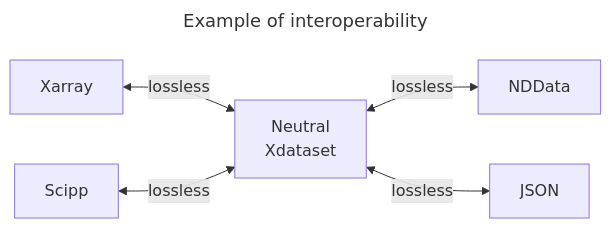
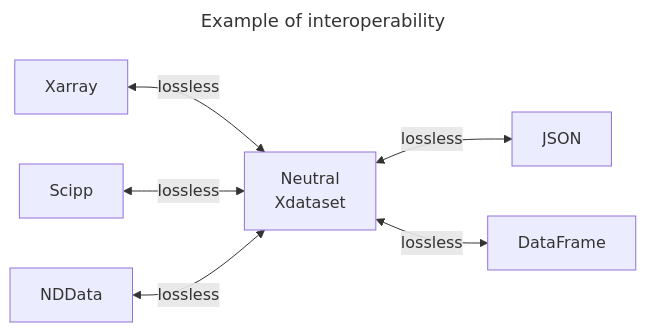
The diagram in example/interop.mmd (loco-philippe/ntv-numpy), drawn with Mermaid before and after one commit. The commit also changed 2 other files, not shown here.

```diff
--- a/example/interop.mmd
+++ b/example/interop.mmd
@@ -1,8 +1,9 @@
 ---
 title: Example of interoperability
 ---
 flowchart LR
     A[Xarray] <--lossless--> B[Neutral\nXdataset]
-    B <--lossless--> C[NDData]
     D[Scipp] <--lossless--> B
+    C[NDData] <--lossless--> B
     B <--lossless--> E[JSON]
+    B <--lossless--> F[DataFrame]
```
